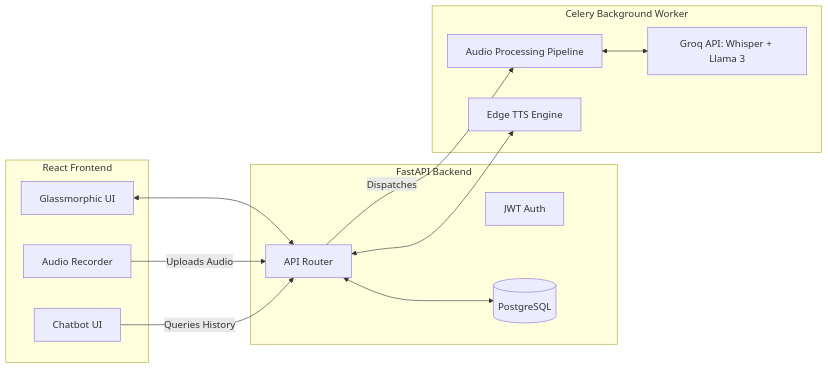
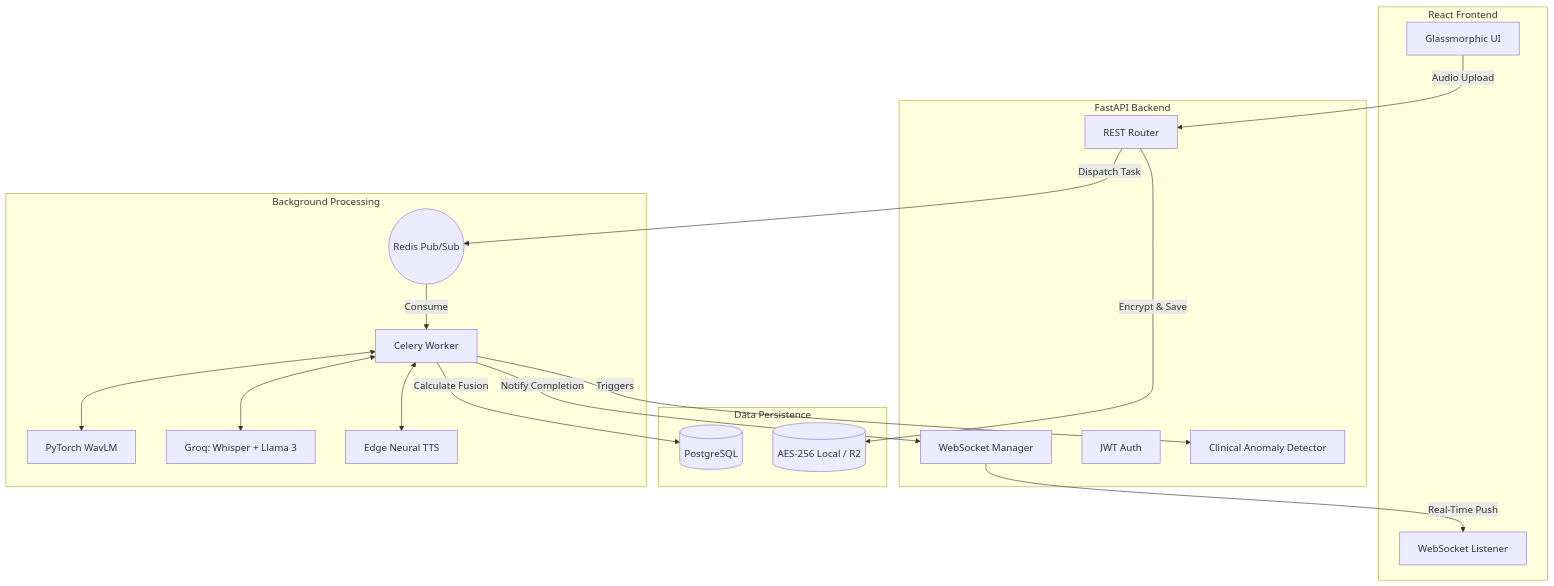
The diagram in README.md (AnkitKumarIISERB/Voicejournal), drawn with Mermaid before and after one commit. The commit also changed other lines of this file, not shown here.

````diff
--- a/README.md
+++ b/README.md
@@ -143,28 +86,41 @@
 ```mermaid
-graph LR
-    subgraph Frontend [React Frontend]
+graph TD
+    subgraph Client [React Frontend]
         UI[Glassmorphic UI]
-        AR[Audio Recorder]
-        Bot[Chatbot UI]
+        WS_Client[WebSocket Listener]
     end
 
-    subgraph Backend [FastAPI Backend]
-        API[API Router]
+    subgraph API [FastAPI Backend]
+        Router[REST Router]
+        WS_Server[WebSocket Manager]
         Auth[JWT Auth]
-        DB[(PostgreSQL)]
+        Risk[Clinical Anomaly Detector]
     end
 
-    subgraph Worker [Celery Background Worker]
-        Task[Audio Processing Pipeline]
-        Groq[Groq API: Whisper + Llama 3]
-        TTS[Edge TTS Engine]
+    subgraph Data [Data Persistence]
+        DB[(PostgreSQL)]
+        Storage[(AES-256 Local / R2)]
     end
 
-    UI <--> API
-    AR -- "Uploads Audio" --> API
-    Bot -- "Queries History" --> API
-    API <--> DB
-    API -- "Dispatches" --> Task
-    Task <--> Groq
-    API <--> TTS
+    subgraph Async [Background Processing]
+        Redis((Redis Pub/Sub))
+        Celery[Celery Worker]
+        WavLM[PyTorch WavLM]
+        Groq[Groq: Whisper + Llama 3]
+        TTS[Edge Neural TTS]
+    end
+
+    UI -- "Audio Upload" --> Router
+    Router -- "Encrypt & Save" --> Storage
+    Router -- "Dispatch Task" --> Redis
+    Redis -- "Consume" --> Celery
+    
+    Celery <--> WavLM
+    Celery <--> Groq
+    Celery <--> TTS
+    
+    Celery -- "Calculate Fusion" --> DB
+    Celery -- "Triggers" --> Risk
+    Celery -- "Notify Completion" --> WS_Server
+    WS_Server -- "Real-Time Push" --> WS_Client
 ```
````
